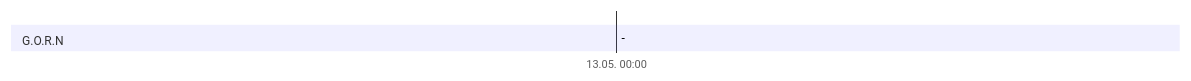
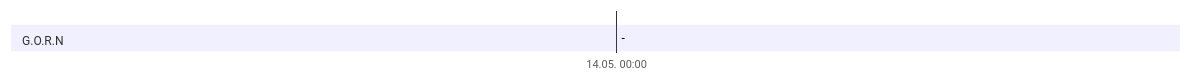
One commit to LorenJaffrey/DnD_PFT changed diagram 21 of 29 in Kampagne/Timeline Kampagne 2.md. Above: the diagram before and after it, drawn with Mermaid. The commit also changed other lines of this file, not shown here.

````diff
--- a/Kampagne/Timeline Kampagne 2.md
+++ b/Kampagne/Timeline Kampagne 2.md
@@ -368,10 +368,10 @@
 ```mermaid
 gantt
 	dateFormat HH:mm
 	axisFormat %e.%m. %H:%M
 	tickinterval 1hour
 	weekday monday
 	section G.O.R.N
-		-: a1, 2024-05-13 00:00, 0h
+		-: a1, 2024-05-14 00:00, 0h
 		
 ```
````
